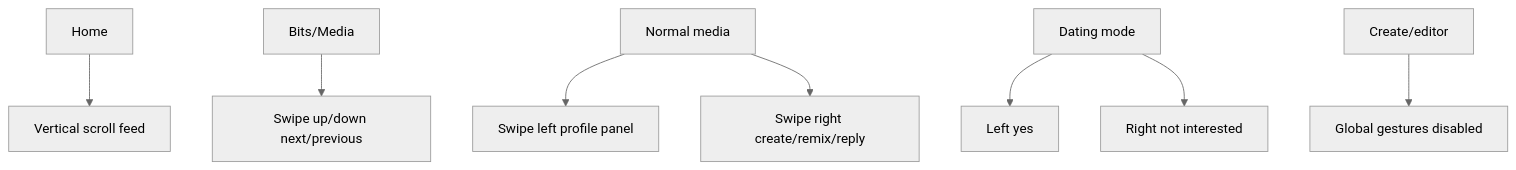
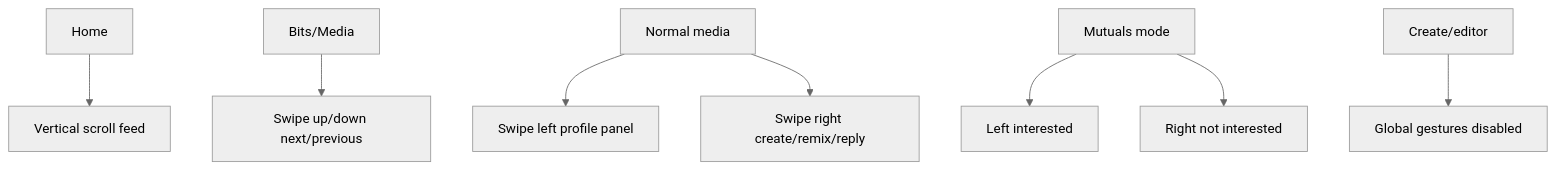
One commit to mariospeterman/VEEL-v2 changed the diagram in docs/v2-new-build/frontend-architecture.md. Above: the diagram before and after it, drawn with Mermaid (neutral theme). The commit also changed other lines of this file and 28 other files, not shown here.

````diff
--- a/docs/v2-new-build/frontend-architecture.md
+++ b/docs/v2-new-build/frontend-architecture.md
@@ -135,10 +135,10 @@
 ```mermaid
 flowchart TD
   Home["Home"] --> Scroll["Vertical scroll feed"]
   Bits["Bits/Media"] --> SwipeY["Swipe up/down next/previous"]
   Media["Normal media"] --> Left["Swipe left profile panel"]
   Media --> Right["Swipe right create/remix/reply"]
-  Dating["Dating mode"] --> DatingLeft["Left yes"]
-  Dating --> DatingRight["Right not interested"]
+  Mutuals["Mutuals mode"] --> MutualsLeft["Left interested"]
+  Mutuals --> MutualsRight["Right not interested"]
   Create["Create/editor"] --> Disabled["Global gestures disabled"]
 ```
````
